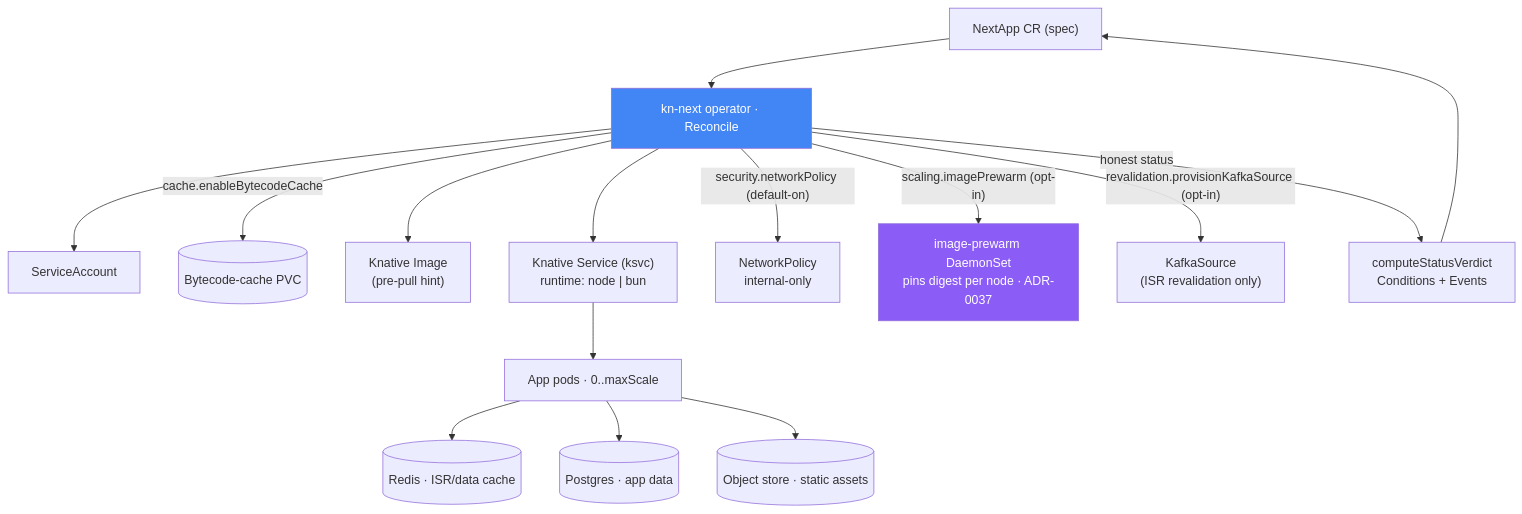
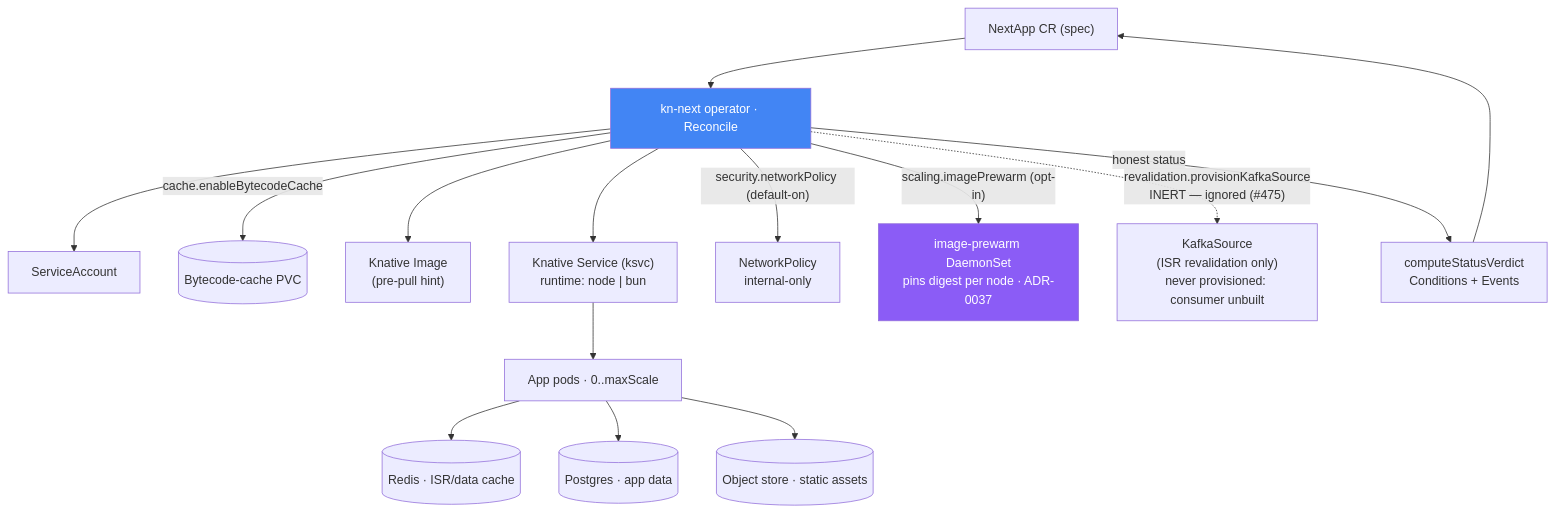
One commit to getknext-dev/knext changed the fifth of 8 diagrams in docs/ARCHITECTURE.md. Above: the diagram before and after it, drawn with Mermaid. The commit also changed 20 other files, not shown here.

First line of the commit message:
fix(operator): reject provisionKafkaSource=true at admission as not implemented (#475) (#638)

````diff
--- a/docs/ARCHITECTURE.md
+++ b/docs/ARCHITECTURE.md
@@ -175,20 +175,20 @@
 ```mermaid
 flowchart TB
     cr["NextApp CR (spec)"] --> op["kn-next operator · Reconcile"]
     op --> sa["ServiceAccount"]
     op -->|"cache.enableBytecodeCache"| pvc[("Bytecode-cache PVC")]
     op --> kimg["Knative Image<br/>(pre-pull hint)"]
     op --> ksvc["Knative Service (ksvc)<br/>runtime: node | bun"]
     op -->|"security.networkPolicy (default-on)"| np["NetworkPolicy<br/>internal-only"]
     op -->|"scaling.imagePrewarm (opt-in)"| ds["image-prewarm DaemonSet<br/>pins digest per node · ADR-0037"]
-    op -->|"revalidation.provisionKafkaSource (opt-in)"| ksrc["KafkaSource<br/>(ISR revalidation only)"]
+    op -.->|"revalidation.provisionKafkaSource<br/>INERT — ignored (#475)"| ksrc["KafkaSource<br/>(ISR revalidation only)<br/>never provisioned: consumer unbuilt"]
     op -->|"honest status"| verdict["computeStatusVerdict<br/>Conditions + Events"]
     verdict --> cr
     ksvc --> pods["App pods · 0..maxScale"]
     pods --> redis[("Redis · ISR/data cache")]
     pods --> pg[("Postgres · app data")]
     pods --> obj[("Object store · static assets")]
 
     style op fill:#4285f4,color:#fff
     style ds fill:#8b5cf6,color:#fff
 ```
````
